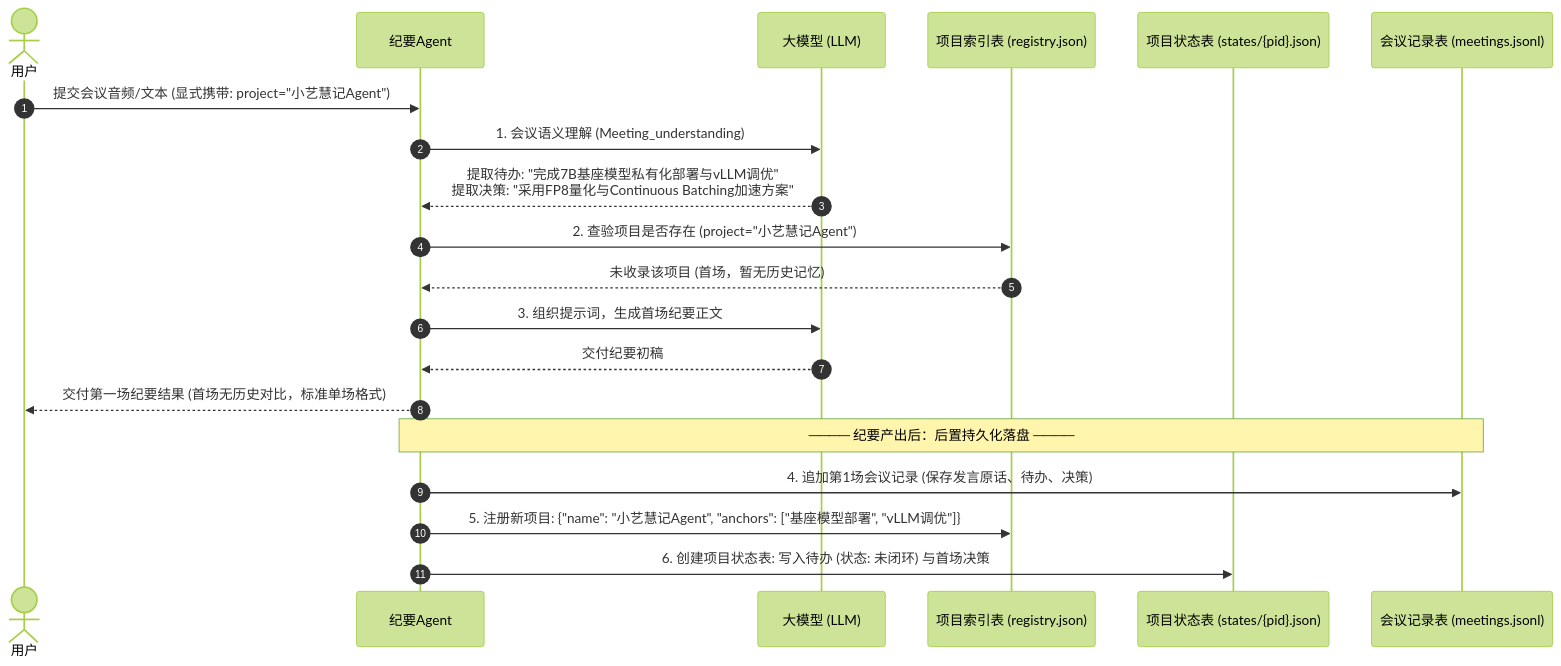
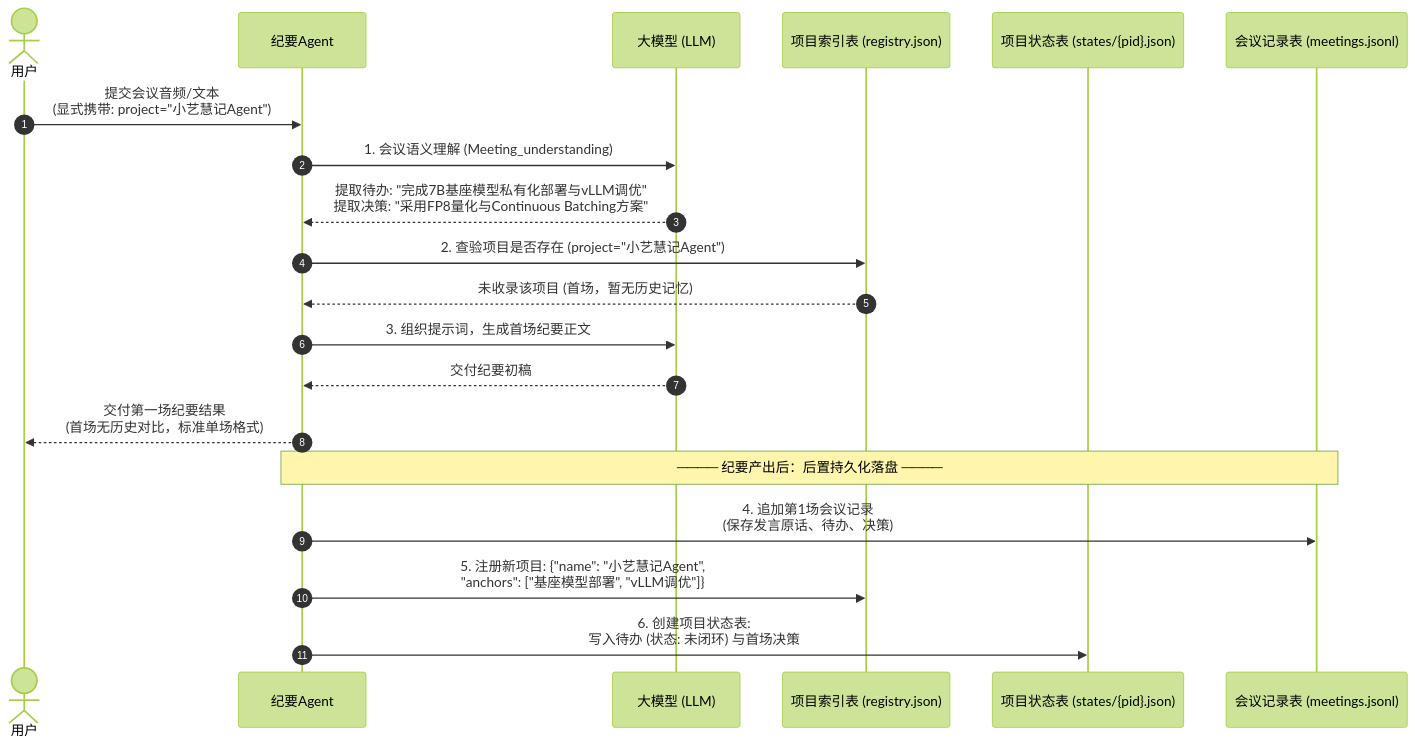
One commit to ohhhhh-hyf/AgentFlow changed the first of 3 diagrams in MEMORY_EXECUTION_FLOW_UML.md. Above: the diagram before and after it, drawn with Mermaid (forest theme). The commit also changed other lines of this file and 1 other file, not shown here.

````diff
--- a/MEMORY_EXECUTION_FLOW_UML.md
+++ b/MEMORY_EXECUTION_FLOW_UML.md
@@ -32,26 +32,26 @@
 ```mermaid
 sequenceDiagram
     autonumber
     actor User as 用户
     participant Agent as 纪要Agent
     participant LLM as 大模型 (LLM)
     participant Registry as 项目索引表 (registry.json)
     participant State as 项目状态表 (states/{pid}.json)
     participant Meetings as 会议记录表 (meetings.jsonl)
 
-    User->>Agent: 提交会议音频/文本 (显式携带: project="小艺慧记Agent")
+    User->>Agent: 提交会议音频/文本<br/>(显式携带: project="小艺慧记Agent")
     Agent->>LLM: 1. 会议语义理解 (Meeting_understanding)
-    LLM-->>Agent: 提取待办: "完成7B基座模型私有化部署与vLLM调优"<br/>提取决策: "采用FP8量化与Continuous Batching加速方案"
+    LLM-->>Agent: 提取待办: "完成7B基座模型私有化部署与vLLM调优"<br/>提取决策: "采用FP8量化与Continuous Batching方案"
     
     Agent->>Registry: 2. 查验项目是否存在 (project="小艺慧记Agent")
     Registry-->>Agent: 未收录该项目 (首场，暂无历史记忆)
 
     Agent->>LLM: 3. 组织提示词，生成首场纪要正文
     LLM-->>Agent: 交付纪要初稿
-    Agent-->>User: 交付第一场纪要结果 (首场无历史对比，标准单场格式)
+    Agent-->>User: 交付第一场纪要结果<br/>(首场无历史对比，标准单场格式)
 
     Note over Agent, Meetings: ──── 纪要产出后：后置持久化落盘 ────
-    Agent->>Meetings: 4. 追加第1场会议记录 (保存发言原话、待办、决策)
-    Agent->>Registry: 5. 注册新项目: {"name": "小艺慧记Agent", "anchors": ["基座模型部署", "vLLM调优"]}
-    Agent->>State: 6. 创建项目状态表: 写入待办 (状态: 未闭环) 与首场决策
+    Agent->>Meetings: 4. 追加第1场会议记录<br/>(保存发言原话、待办、决策)
+    Agent->>Registry: 5. 注册新项目: {"name": "小艺慧记Agent",<br/>"anchors": ["基座模型部署", "vLLM调优"]}
+    Agent->>State: 6. 创建项目状态表:<br/>写入待办 (状态: 未闭环) 与首场决策
 ```
````
